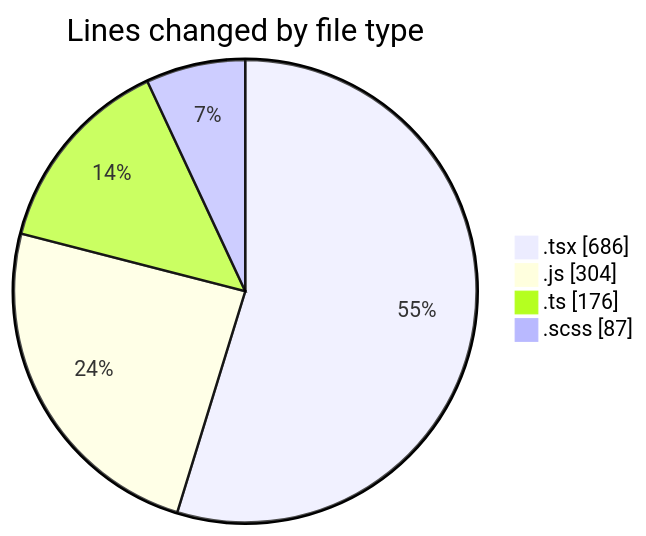
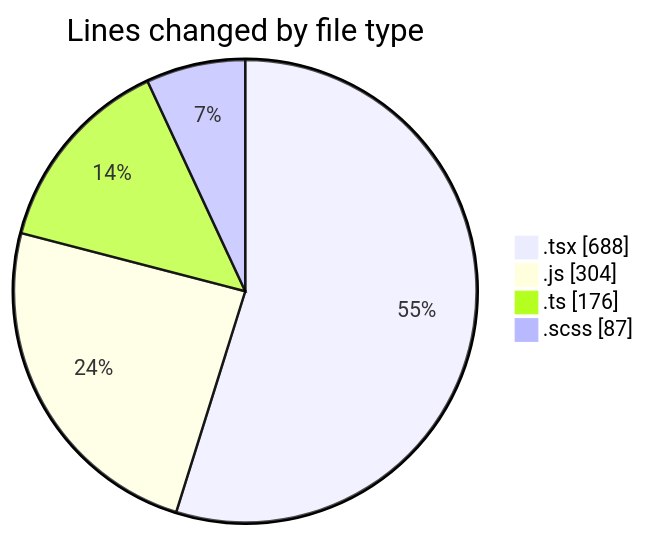
One commit to momahboobian/code-tracking changed the first of 2 diagrams in 2025-02-26/cda/README.md. Above: the diagram before and after it, drawn with Mermaid. The commit also changed other lines of this file and 1 other file, not shown here.

````diff
--- a/2025-02-26/cda/README.md
+++ b/2025-02-26/cda/README.md
@@ -31,8 +31,8 @@
 ```mermaid
 pie showData
 title Lines changed by file type
-".tsx" : 686
+".tsx" : 688
 ".js" : 304
 ".ts" : 176
 ".scss" : 87
 ```
````
